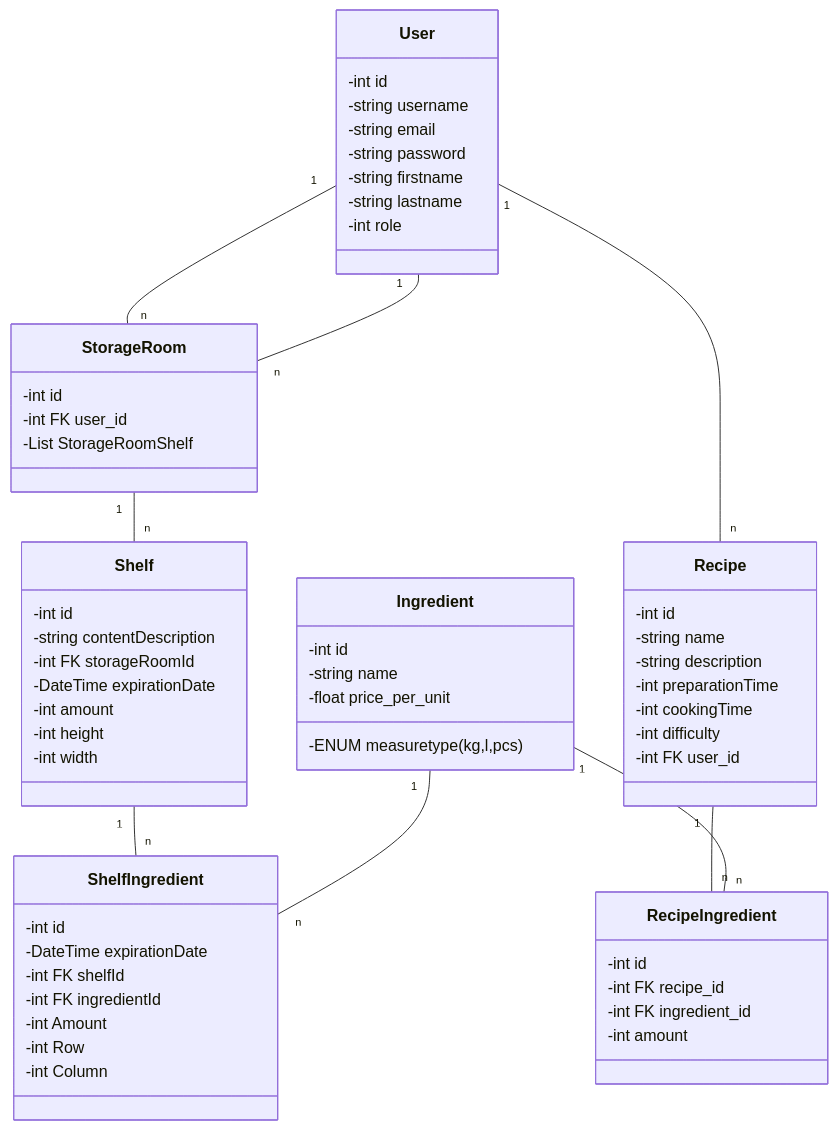
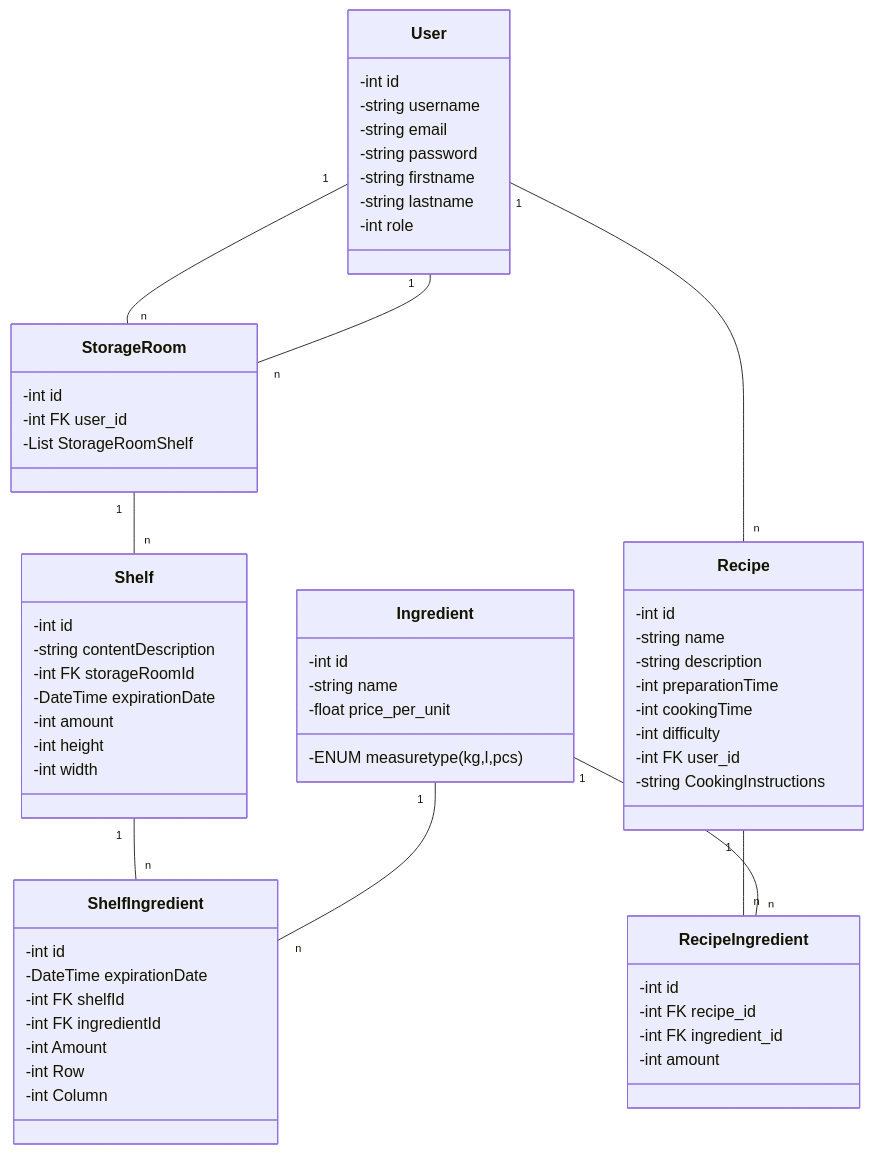
The diagram in Dokumentation/Architektur/Datenmodell/Datenbankmodell.md (marvinhamacher/RecipeNow), drawn with Mermaid before and after one commit.

````diff
--- a/Dokumentation/Architektur/Datenmodell/Datenbankmodell.md
+++ b/Dokumentation/Architektur/Datenmodell/Datenbankmodell.md
@@ -6,75 +6,76 @@
 ```mermaid 
 classDiagram
     class User {
         -int id
         -string username
         -string email
         -string password
         -string firstname
         -string lastname
         -int role
     }
 
     class Ingredient {
         -int id
         -string name
         -ENUM measuretype (kg,l,pcs)
         -float price_per_unit
     }
     
     class Shelf {
         -int id
         -string contentDescription
         -int FK storageRoomId
         -DateTime expirationDate
         -int amount
         -int height
         -int width
     }
 
 
     class ShelfIngredient {
         -int id
         -DateTime expirationDate
         -int FK shelfId
         -int FK ingredientId
         -int Amount
         -int Row
         -int Column
     }
     
     class StorageRoom {
         -int id
         -int FK user_id
         -List StorageRoomShelf
     }
     
     
     class Recipe {
         -int id
         -string name
         -string description
         -int preparationTime
         -int cookingTime
         -int difficulty
         -int FK user_id
+        -string CookingInstructions
     }
     
     class RecipeIngredient {
         -int id
         -int FK recipe_id
         -int FK ingredient_id
         -int amount
     }
     
     
     User "1" -- "n" StorageRoom
     User "1" -- "n" Recipe
     Recipe "1" -- "n" RecipeIngredient
     Ingredient "1" -- "n" RecipeIngredient
     StorageRoom "1" -- "n" Shelf
     User "1" -- "n" StorageRoom
     Shelf "1" -- "n" ShelfIngredient
     Ingredient "1" -- "n" ShelfIngredient
     
 ```
````
